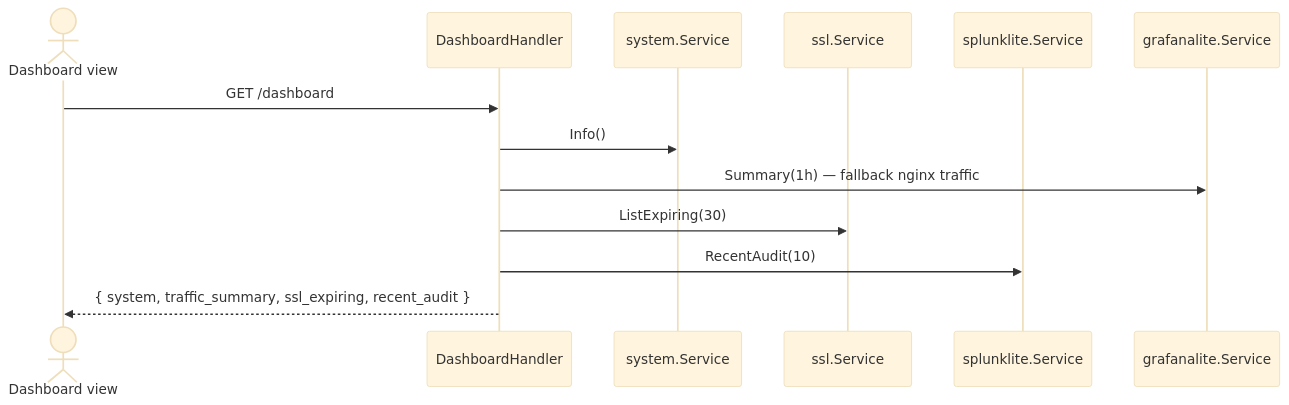
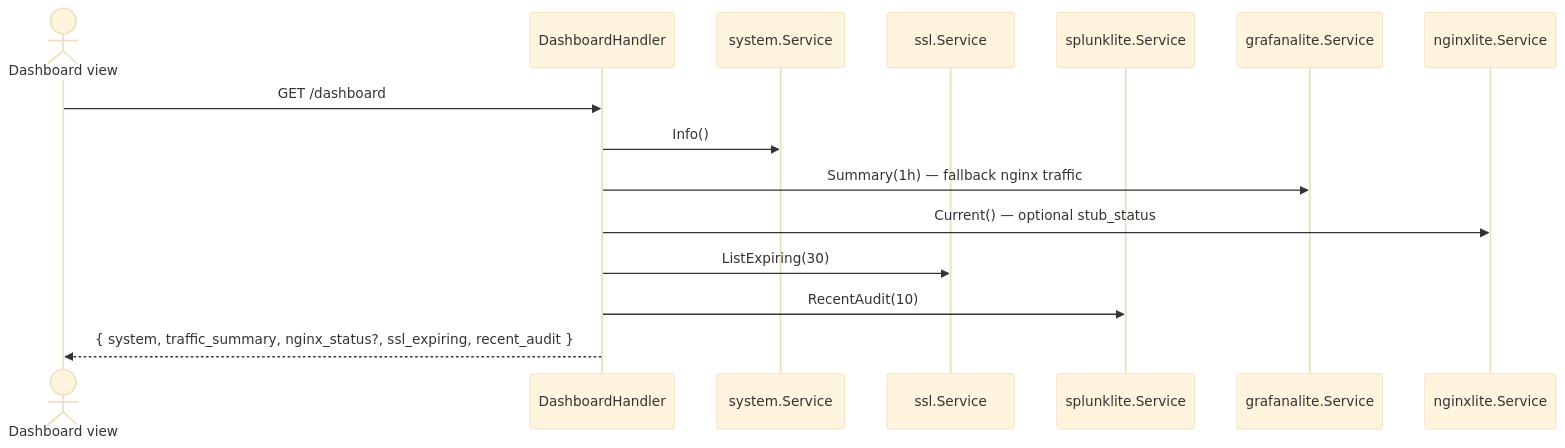
The diagram in docs/sequences/04-dashboard.md (jahrulnr/GoSite), drawn with Mermaid (base theme) before and after one commit. The commit also changed other lines of this file and 120 other files, not shown here.

````diff
--- a/docs/sequences/04-dashboard.md
+++ b/docs/sequences/04-dashboard.md
@@ -11,16 +11,18 @@
 ```mermaid
 sequenceDiagram
     actor UI as Dashboard view
     participant H as DashboardHandler
     participant Sys as system.Service
     participant SSL as ssl.Service
     participant Splunk as splunklite.Service
     participant Graf as grafanalite.Service
+    participant NGX as nginxlite.Service
 
     UI->>H: GET /dashboard
     H->>Sys: Info()
     H->>Graf: Summary(1h) — fallback nginx traffic
+    H->>NGX: Current() — optional stub_status
     H->>SSL: ListExpiring(30)
     H->>Splunk: RecentAudit(10)
-    H-->>UI: { system, traffic_summary, ssl_expiring, recent_audit }
+    H-->>UI: { system, traffic_summary, nginx_status?, ssl_expiring, recent_audit }
 ```
````
